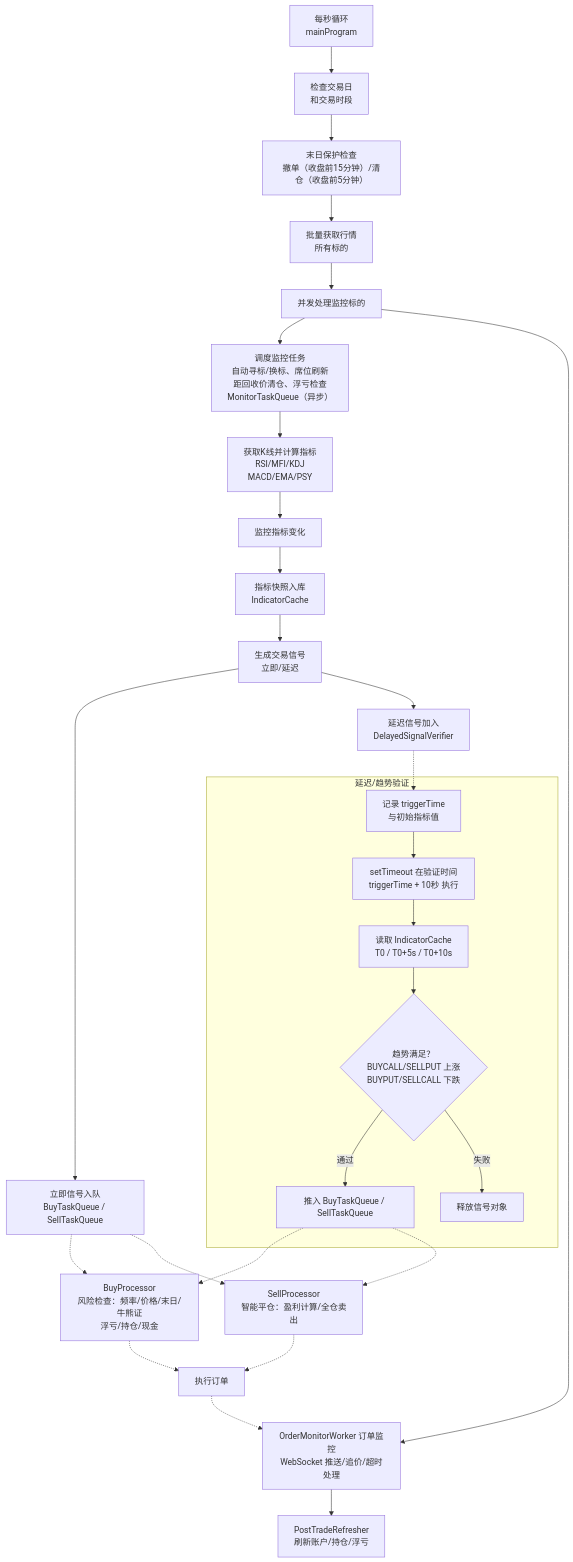
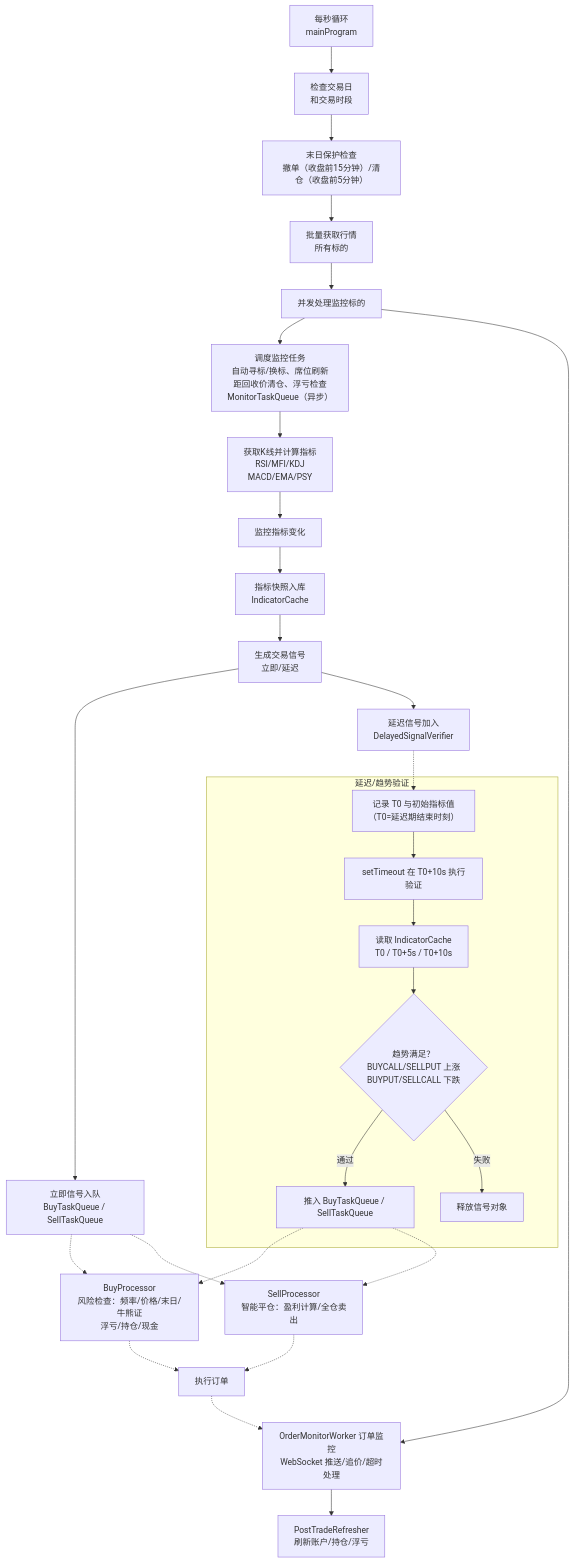
Before and after one commit to zhengyongjie16/Longbridge-Quantitative-Trading: the diagram in README.md, drawn with Mermaid. The commit also changed other lines of this file and 2 other files, not shown here.

````diff
--- a/README.md
+++ b/README.md
@@ -348,33 +351,33 @@
 ```mermaid
 graph TD
   A["每秒循环<br/>mainProgram"] --> B["检查交易日<br/>和交易时段"]
   B --> C["末日保护检查<br/>撤单（收盘前15分钟）/清仓（收盘前5分钟）"]
   C --> D["批量获取行情<br/>所有标的"]
   D --> E["并发处理监控标的"]
   E --> E1["调度监控任务<br/>自动寻标/换标、席位刷新<br/>距回收价清仓、浮亏检查<br/>MonitorTaskQueue（异步）"]
   E1 --> E2["获取K线并计算指标<br/>RSI/MFI/KDJ<br/>MACD/EMA/PSY"]
   E2 --> E3["监控指标变化"]
   E3 --> E4["指标快照入库<br/>IndicatorCache"]
   E4 --> E5["生成交易信号<br/>立即/延迟"]
   E5 --> F1["立即信号入队<br/>BuyTaskQueue / SellTaskQueue"]
   E5 --> F2["延迟信号加入<br/>DelayedSignalVerifier"]
   F1 -.-> G1["BuyProcessor<br/>风险检查：频率/价格/末日/牛熊证<br/>浮亏/持仓/现金"]
   F1 -.-> G2["SellProcessor<br/>智能平仓：盈利计算/全仓卖出"]
   G1 -.-> I["执行订单"]
   G2 -.-> I
   E --> J["OrderMonitorWorker 订单监控<br/>WebSocket 推送/追价/超时处理"]
   J --> K["PostTradeRefresher<br/>刷新账户/持仓/浮亏"]
   I -.-> J
 
   subgraph DS ["延迟/趋势验证"]
-    D1["记录 triggerTime<br/>与初始指标值"] --> D2["setTimeout 在验证时间<br/>triggerTime + 10秒 执行"]
+    D1["记录 T0 与初始指标值<br/>（T0=延迟期结束时刻）"] --> D2["setTimeout 在 T0+10s 执行验证"]
     D2 --> D3["读取 IndicatorCache<br/>T0 / T0+5s / T0+10s"]
     D3 --> D4{"趋势满足？<br/>BUYCALL/SELLPUT 上涨<br/>BUYPUT/SELLCALL 下跌"}
     D4 -->|通过| D5["推入 BuyTaskQueue / SellTaskQueue"]
     D4 -->|失败| D6["释放信号对象"]
   end
 
   F2 -.-> D1
   D5 -.-> G1
   D5 -.-> G2
 ```
````
